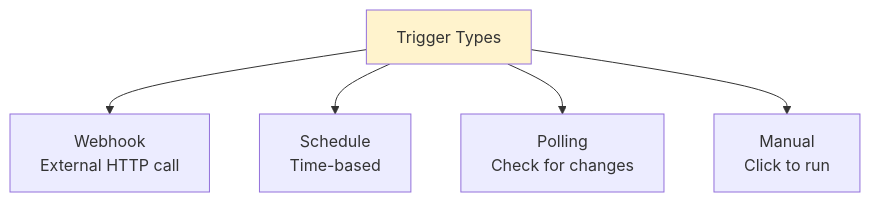
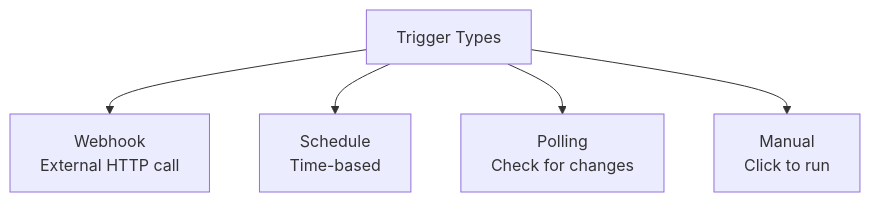
One commit to wtoloza-dev/ZTH-n8n-Engineer changed the fifth of 11 diagrams in lessons/01-foundations/theory/03-how-it-works.md. Above: the diagram before and after it, drawn with Mermaid. The commit also changed other lines of this file and 31 other files, not shown here.

````diff
--- a/lessons/01-foundations/theory/03-how-it-works.md
+++ b/lessons/01-foundations/theory/03-how-it-works.md
@@ -130,9 +117,7 @@
 ```mermaid
 graph TD
     A[Trigger Types] --> B[Webhook<br/>External HTTP call]
     A --> C[Schedule<br/>Time-based]
     A --> D[Polling<br/>Check for changes]
     A --> E[Manual<br/>Click to run]
-    
-    style A fill:#fff3cd
 ```
````
